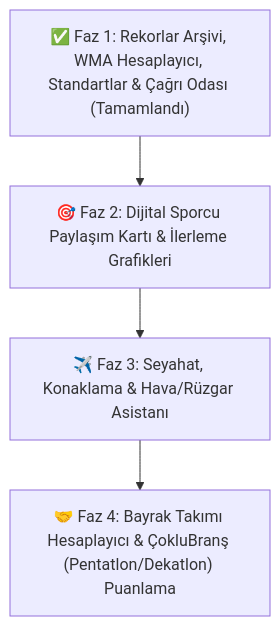
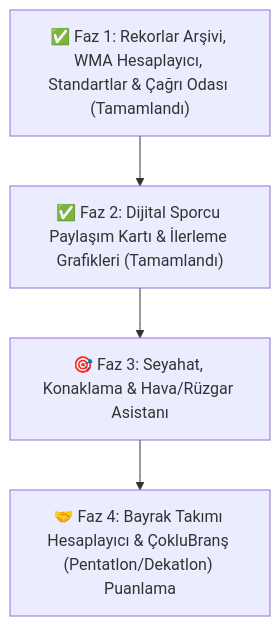
One commit to KronosEcil/master-racer changed the diagram in ROADMAP.md. Above: the diagram before and after it, drawn with Mermaid. The commit also changed other lines of this file and 2 other files, not shown here.

Commit message:
feat(profile): add Performance Progression Chart & Career Analytics tab (Faz 2.2)

````diff
--- a/ROADMAP.md
+++ b/ROADMAP.md
@@ -54,6 +58,6 @@
 ```mermaid
 flowchart TD
-    A["✅ Faz 1: Rekorlar Arşivi, WMA Hesaplayıcı, Standartlar & Çağrı Odası (Tamamlandı)"] --> B["🎯 Faz 2: Dijital Sporcu Paylaşım Kartı & İlerleme Grafikleri"]
-    B --> C["✈️ Faz 3: Seyahat, Konaklama & Hava/Rüzgar Asistanı"]
+    A["✅ Faz 1: Rekorlar Arşivi, WMA Hesaplayıcı, Standartlar & Çağrı Odası (Tamamlandı)"] --> B["✅ Faz 2: Dijital Sporcu Paylaşım Kartı & İlerleme Grafikleri (Tamamlandı)"]
+    B --> C["🎯 Faz 3: Seyahat, Konaklama & Hava/Rüzgar Asistanı"]
     C --> D["🤝 Faz 4: Bayrak Takımı Hesaplayıcı & ÇokluBranş (Pentatlon/Dekatlon) Puanlama"]
 ```
````
